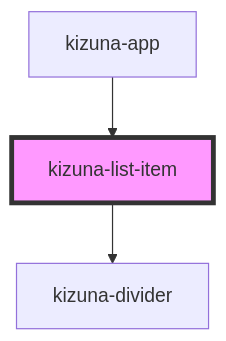
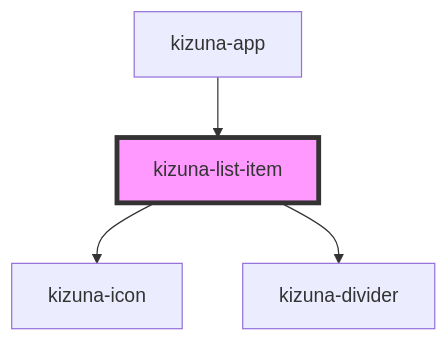
One commit to hc-institute-japan/kizunakit changed the diagram in kizuna-design-kit/src/components/kizuna-list-item/readme.md. Above: the diagram before and after it, drawn with Mermaid. The commit also changed other lines of this file and 8 other files, not shown here.

````diff
--- a/kizuna-design-kit/src/components/kizuna-list-item/readme.md
+++ b/kizuna-design-kit/src/components/kizuna-list-item/readme.md
@@ -32,6 +33,7 @@
 ```mermaid
 graph TD;
+  kizuna-list-item --> kizuna-icon
   kizuna-list-item --> kizuna-divider
   kizuna-app --> kizuna-list-item
   style kizuna-list-item fill:#f9f,stroke:#333,stroke-width:4px
 ```
````
